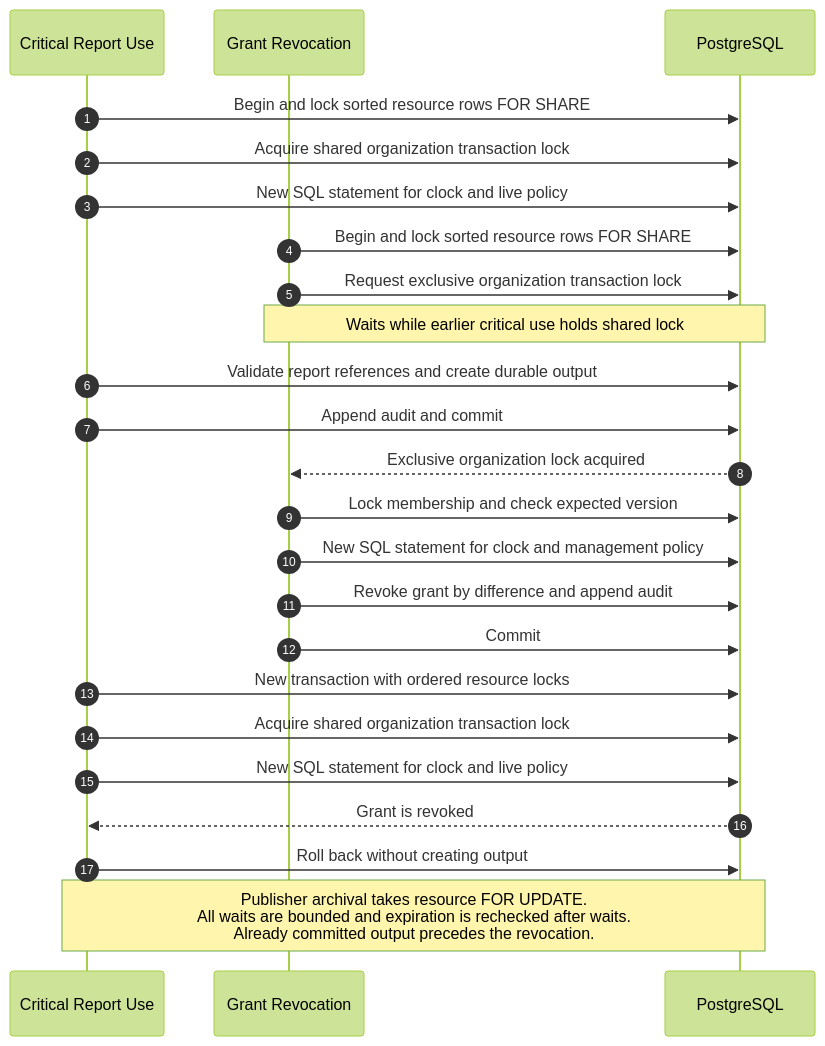
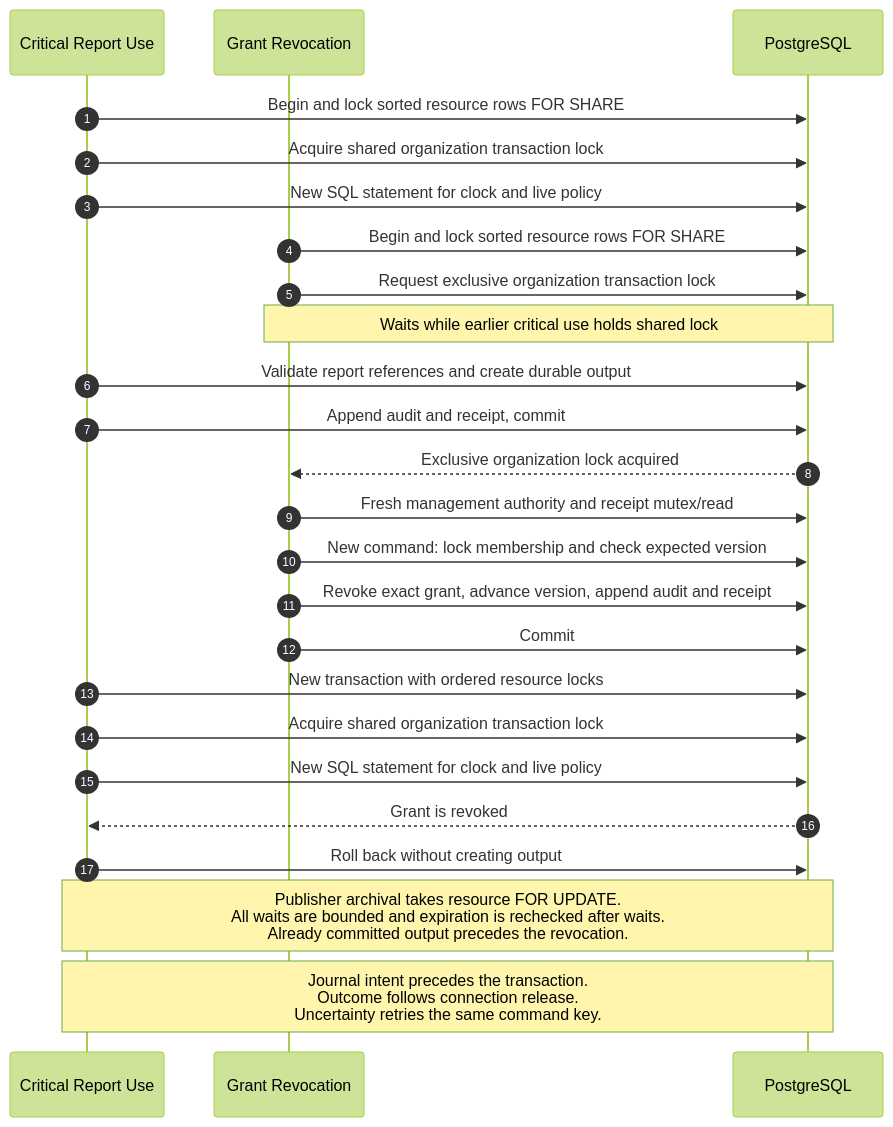
One commit to ylgnerbecton/scopegate changed the diagram in docs/diagrams/grant-revocation.mmd. Above: the diagram before and after it, drawn with Mermaid (forest theme). The commit also changed 79 other files, not shown here.

Commit message:
Refine workspace components and source-backed architecture

```diff
--- a/docs/diagrams/grant-revocation.mmd
+++ b/docs/diagrams/grant-revocation.mmd
@@ -1,26 +1,29 @@
 sequenceDiagram
+    accTitle: Scopegate ordered protected use and grant revocation
+    accDescr: Shared organization admission can finish before waiting revocation, later admission reads revoked state after an exclusive mutation. Policy statements and database time follow lock waits.
     autonumber
     participant Use as Critical Report Use
     participant Revoke as Grant Revocation
     participant DB as PostgreSQL
 
     Use->>DB: Begin and lock sorted resource rows FOR SHARE
     Use->>DB: Acquire shared organization transaction lock
     Use->>DB: New SQL statement for clock and live policy
     Revoke->>DB: Begin and lock sorted resource rows FOR SHARE
     Revoke->>DB: Request exclusive organization transaction lock
     Note over Revoke,DB: Waits while earlier critical use holds shared lock
     Use->>DB: Validate report references and create durable output
-    Use->>DB: Append audit and commit
+    Use->>DB: Append audit and receipt, commit
     DB-->>Revoke: Exclusive organization lock acquired
-    Revoke->>DB: Lock membership and check expected version
-    Revoke->>DB: New SQL statement for clock and management policy
-    Revoke->>DB: Revoke grant by difference and append audit
+    Revoke->>DB: Fresh management authority and receipt mutex/read
+    Revoke->>DB: New command: lock membership and check expected version
+    Revoke->>DB: Revoke exact grant, advance version, append audit and receipt
     Revoke->>DB: Commit
 
     Use->>DB: New transaction with ordered resource locks
     Use->>DB: Acquire shared organization transaction lock
     Use->>DB: New SQL statement for clock and live policy
     DB-->>Use: Grant is revoked
     Use->>DB: Roll back without creating output
     Note over Use,DB: Publisher archival takes resource FOR UPDATE.<br/>All waits are bounded and expiration is rechecked after waits.<br/>Already committed output precedes the revocation.
+    Note over Use,DB: Journal intent precedes the transaction.<br/>Outcome follows connection release.<br/>Uncertainty retries the same command key.
```
